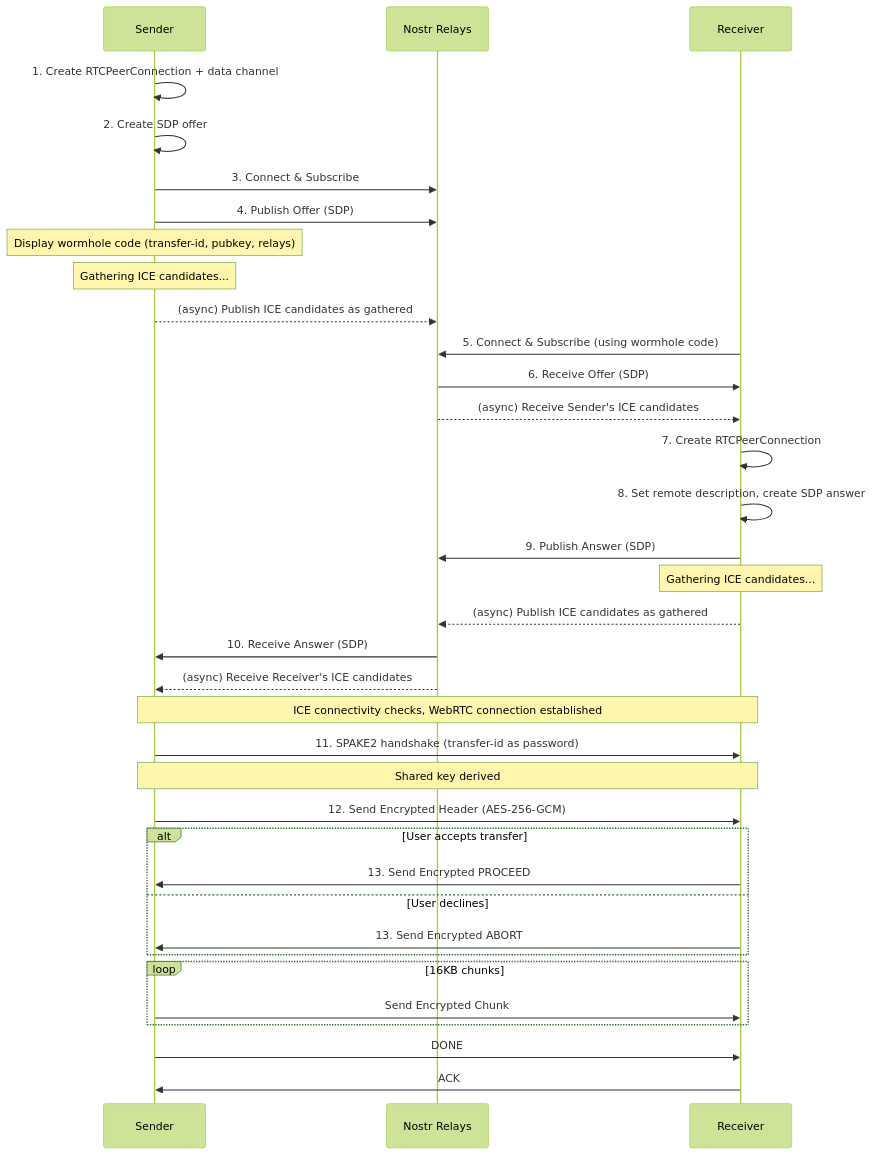
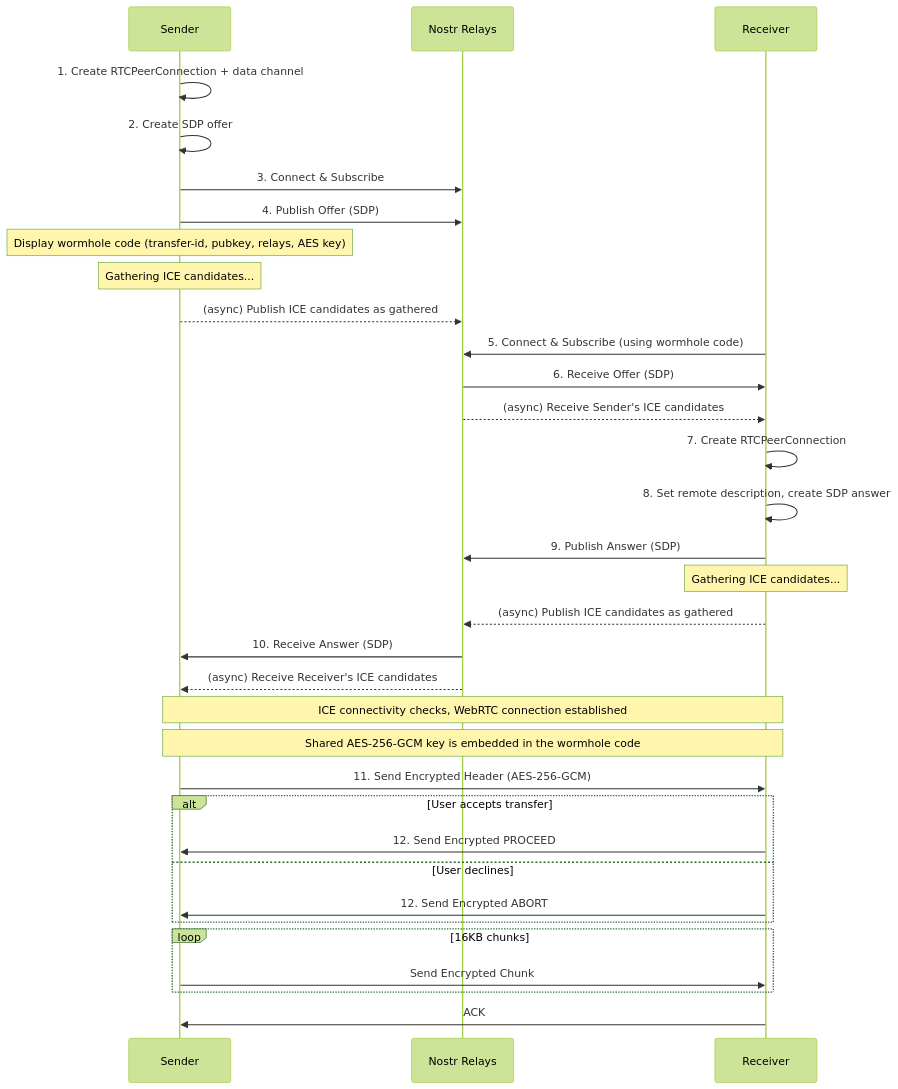
One commit to andrewtheguy/wormhole-rs changed the third of 4 diagrams in docs/ARCHITECTURE.md. Above: the diagram before and after it, drawn with Mermaid (forest theme). The commit also changed other lines of this file and 3 other files, not shown here.

Commit message:
docs: Update README, ARCHITECTURE, ROADMAP, and USE_CASES for WebRTC mode changes and clarifications

````diff
--- a/docs/ARCHITECTURE.md
+++ b/docs/ARCHITECTURE.md
@@ -107,49 +108,46 @@
 ```mermaid
 sequenceDiagram
     participant Sender
     participant Nostr as Nostr Relays
     participant Receiver
 
     Sender->>Sender: 1. Create RTCPeerConnection + data channel
     Sender->>Sender: 2. Create SDP offer
     Sender->>Nostr: 3. Connect & Subscribe
     Sender->>Nostr: 4. Publish Offer (SDP)
 
-    Note over Sender: Display wormhole code (transfer-id, pubkey, relays)
+    Note over Sender: Display wormhole code (transfer-id, pubkey, relays, AES key)
     Note over Sender: Gathering ICE candidates...
 
     Sender-->>Nostr: (async) Publish ICE candidates as gathered
 
     Receiver->>Nostr: 5. Connect & Subscribe (using wormhole code)
     Nostr->>Receiver: 6. Receive Offer (SDP)
     Nostr-->>Receiver: (async) Receive Sender's ICE candidates
 
     Receiver->>Receiver: 7. Create RTCPeerConnection
     Receiver->>Receiver: 8. Set remote description, create SDP answer
     Receiver->>Nostr: 9. Publish Answer (SDP)
 
     Note over Receiver: Gathering ICE candidates...
     Receiver-->>Nostr: (async) Publish ICE candidates as gathered
 
     Nostr->>Sender: 10. Receive Answer (SDP)
     Nostr-->>Sender: (async) Receive Receiver's ICE candidates
 
     Note over Sender,Receiver: ICE connectivity checks, WebRTC connection established
 
-    Sender->>Receiver: 11. SPAKE2 handshake (transfer-id as password)
-    Note over Sender,Receiver: Shared key derived
-
-    Sender->>Receiver: 12. Send Encrypted Header (AES-256-GCM)
+    Note over Sender,Receiver: Shared AES-256-GCM key is embedded in the wormhole code
+    Sender->>Receiver: 11. Send Encrypted Header (AES-256-GCM)
     alt User accepts transfer
-        Receiver->>Sender: 13. Send Encrypted PROCEED
+        Receiver->>Sender: 12. Send Encrypted PROCEED
     else User declines
-        Receiver->>Sender: 13. Send Encrypted ABORT
+        Receiver->>Sender: 12. Send Encrypted ABORT
     end
 
     loop 16KB chunks
         Sender->>Receiver: Send Encrypted Chunk
     end
 
-    Sender->>Receiver: DONE
     Receiver->>Sender: ACK
 ```
````
